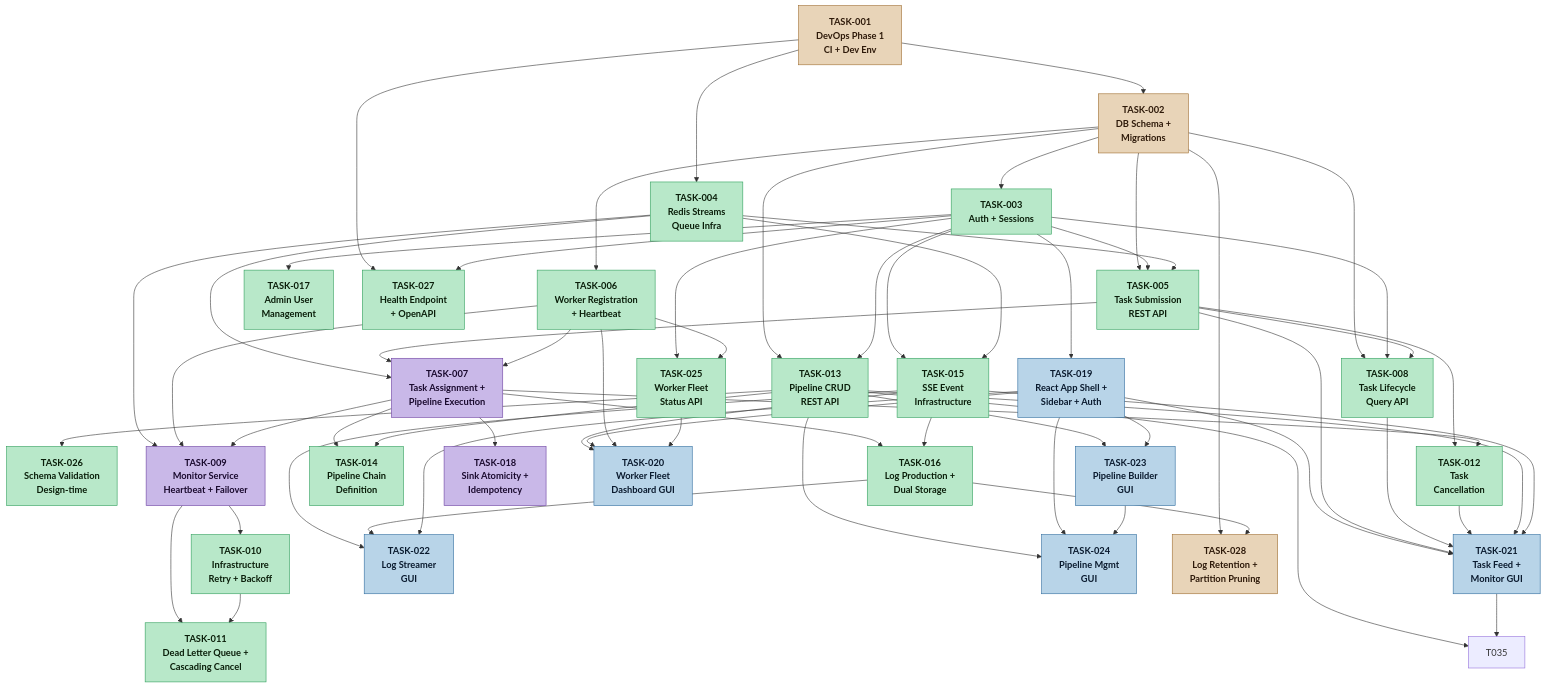
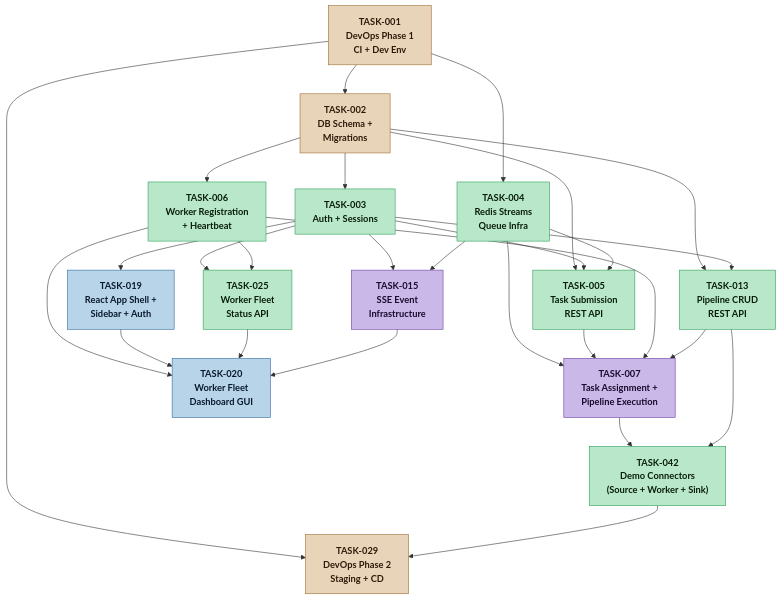
Before and after one commit to loskylp/NexusFlow: the first of 5 diagrams in process/planner/dependency-graph.md, drawn with Mermaid. The commit also changed other lines of this file and 11 other files, not shown here.

First line of the commit message:
task(TASK-042): Demo connectors — verified PASS

````diff
--- a/process/planner/dependency-graph.md
+++ b/process/planner/dependency-graph.md
@@ -20,104 +20,50 @@
 
     T005["TASK-005<br/>Task Submission<br/>REST API"]:::backend
     T013["TASK-013<br/>Pipeline CRUD<br/>REST API"]:::backend
-    T017["TASK-017<br/>Admin User<br/>Management"]:::backend
-    T025["TASK-025<br/>Worker Fleet<br/>Status API"]:::backend
-    T027["TASK-027<br/>Health Endpoint<br/>+ OpenAPI"]:::backend
 
     T007["TASK-007<br/>Task Assignment +<br/>Pipeline Execution"]:::p1
-    T008["TASK-008<br/>Task Lifecycle<br/>Query API"]:::backend
-    T015["TASK-015<br/>SSE Event<br/>Infrastructure"]:::backend
-    T026["TASK-026<br/>Schema Validation<br/>Design-time"]:::backend
 
-    T009["TASK-009<br/>Monitor Service<br/>Heartbeat + Failover"]:::p1
-    T012["TASK-012<br/>Task<br/>Cancellation"]:::backend
-    T014["TASK-014<br/>Pipeline Chain<br/>Definition"]:::backend
-    T016["TASK-016<br/>Log Production +<br/>Dual Storage"]:::backend
-    T018["TASK-018<br/>Sink Atomicity +<br/>Idempotency"]:::p1
-
-    T010["TASK-010<br/>Infrastructure<br/>Retry + Backoff"]:::backend
-    T011["TASK-011<br/>Dead Letter Queue +<br/>Cascading Cancel"]:::backend
+    T042["TASK-042<br/>Demo Connectors<br/>(Source + Worker + Sink)"]:::backend
 
     T019["TASK-019<br/>React App Shell +<br/>Sidebar + Auth"]:::frontend
+    T025["TASK-025<br/>Worker Fleet<br/>Status API"]:::backend
+    T015["TASK-015<br/>SSE Event<br/>Infrastructure"]:::p1
     T020["TASK-020<br/>Worker Fleet<br/>Dashboard GUI"]:::frontend
-    T021["TASK-021<br/>Task Feed +<br/>Monitor GUI"]:::frontend
-    T022["TASK-022<br/>Log Streamer<br/>GUI"]:::frontend
-    T023["TASK-023<br/>Pipeline Builder<br/>GUI"]:::frontend
-    T024["TASK-024<br/>Pipeline Mgmt<br/>GUI"]:::frontend
-    T028["TASK-028<br/>Log Retention +<br/>Partition Pruning"]:::infra
 
     T001 --> T002
     T001 --> T004
-    T001 --> T027
 
     T002 --> T003
     T002 --> T006
     T002 --> T005
     T002 --> T013
-    T002 --> T008
-    T002 --> T028
 
     T003 --> T005
     T003 --> T013
-    T003 --> T017
+    T003 --> T019
     T003 --> T025
-    T003 --> T019
-    T003 --> T027
     T003 --> T015
-    T003 --> T008
 
     T004 --> T005
     T004 --> T007
-    T004 --> T009
     T004 --> T015
 
     T005 --> T007
-    T005 --> T008
-    T005 --> T012
+    T006 --> T007
+    T013 --> T007
 
-    T006 --> T007
-    T006 --> T009
+    T007 --> T042
+    T013 --> T042
+
     T006 --> T025
-
-    T007 --> T009
-    T007 --> T012
-    T007 --> T014
-    T007 --> T016
-    T007 --> T018
-
-    T009 --> T010
-    T009 --> T011
-
-    T010 --> T011
-
-    T013 --> T014
-    T013 --> T023
-    T013 --> T024
-    T013 --> T026
-
-    T015 --> T016
-    T015 --> T020
-    T015 --> T022
-
-    T016 --> T028
-    T016 --> T022
+    T006 --> T020
 
     T019 --> T020
-    T019 --> T021
-    T019 --> T022
-    T019 --> T023
-    T019 --> T024
+    T025 --> T020
+    T015 --> T020
 
-    T005 --> T021
-    T008 --> T021
-    T012 --> T021
-    T013 --> T021
-    T015 --> T021
-    T006 --> T020
-    T025 --> T020
+    T029["TASK-029<br/>DevOps Phase 2<br/>Staging + CD"]:::infra
 
-    T023 --> T024
-
-    T013 --> T035
-    T021 --> T035
+    T001 --> T029
+    T042 --> T029
 ```
````
